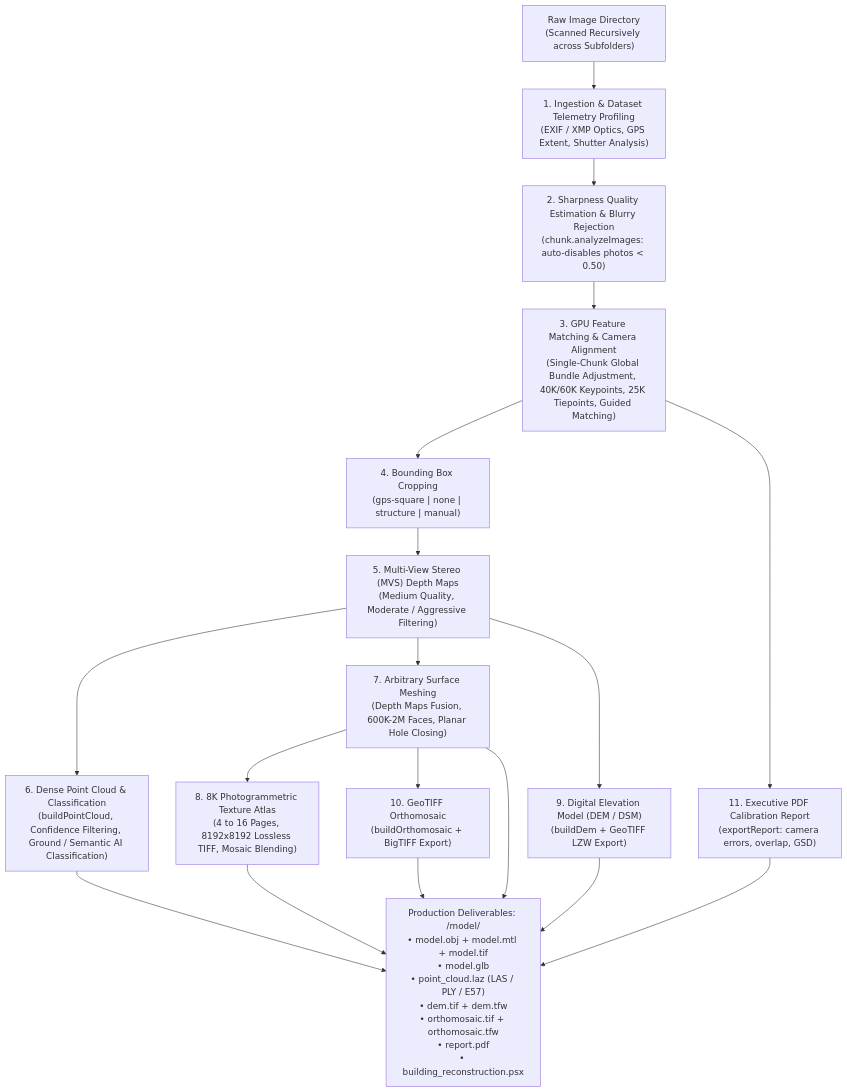
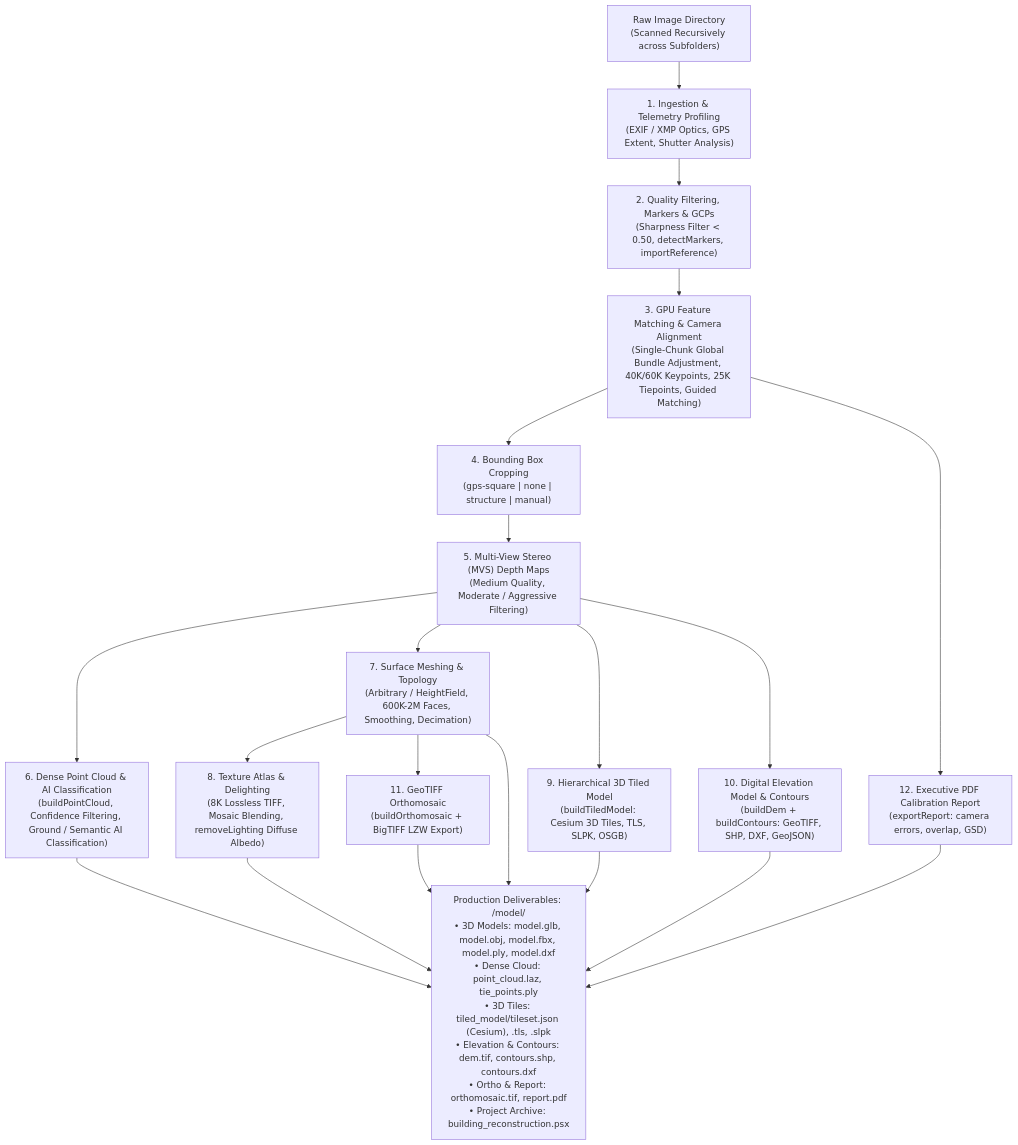
The diagram in skills/user/image-to-3d-model/SKILL.md (ngviettam82/AutoMetashape), drawn with Mermaid before and after one commit. The commit also changed other lines of this file and 7 other files, not shown here.

````diff
--- a/skills/user/image-to-3d-model/SKILL.md
+++ b/skills/user/image-to-3d-model/SKILL.md
@@ -39,20 +40,22 @@
 ```mermaid
 flowchart TD
-    A["Raw Image Directory<br/>(Scanned Recursively across Subfolders)"] --> B["1. Ingestion & Dataset Telemetry Profiling<br/>(EXIF / XMP Optics, GPS Extent, Shutter Analysis)"]
-    B --> C["2. Sharpness Quality Estimation & Blurry Rejection<br/>(chunk.analyzeImages: auto-disables photos < 0.50)"]
+    A["Raw Image Directory<br/>(Scanned Recursively across Subfolders)"] --> B["1. Ingestion & Telemetry Profiling<br/>(EXIF / XMP Optics, GPS Extent, Shutter Analysis)"]
+    B --> C["2. Quality Filtering, Markers & GCPs<br/>(Sharpness Filter < 0.50, detectMarkers, importReference)"]
     C --> D["3. GPU Feature Matching & Camera Alignment<br/>(Single-Chunk Global Bundle Adjustment, 40K/60K Keypoints, 25K Tiepoints, Guided Matching)"]
     D --> E["4. Bounding Box Cropping<br/>(gps-square | none | structure | manual)"]
     E --> F["5. Multi-View Stereo (MVS) Depth Maps<br/>(Medium Quality, Moderate / Aggressive Filtering)"]
-    F --> G["6. Dense Point Cloud & Classification<br/>(buildPointCloud, Confidence Filtering, Ground / Semantic AI Classification)"]
-    F --> H["7. Arbitrary Surface Meshing<br/>(Depth Maps Fusion, 600K-2M Faces, Planar Hole Closing)"]
-    H --> I["8. 8K Photogrammetric Texture Atlas<br/>(4 to 16 Pages, 8192x8192 Lossless TIFF, Mosaic Blending)"]
-    F --> J["9. Digital Elevation Model (DEM / DSM)<br/>(buildDem + GeoTIFF LZW Export)"]
-    H --> K["10. GeoTIFF Orthomosaic<br/>(buildOrthomosaic + BigTIFF Export)"]
-    D --> L["11. Executive PDF Calibration Report<br/>(exportReport: camera errors, overlap, GSD)"]
-    G --> M["Production Deliverables: <images_dir>/model/<br/>• model.obj + model.mtl + model.tif<br/>• model.glb<br/>• point_cloud.laz (LAS / PLY / E57)<br/>• dem.tif + dem.tfw<br/>• orthomosaic.tif + orthomosaic.tfw<br/>• report.pdf<br/>• building_reconstruction.psx"]
-    H --> M
-    I --> M
-    J --> M
-    K --> M
-    L --> M
+    F --> G["6. Dense Point Cloud & AI Classification<br/>(buildPointCloud, Confidence Filtering, Ground / Semantic AI Classification)"]
+    F --> H["7. Surface Meshing & Topology<br/>(Arbitrary / HeightField, 600K-2M Faces, Smoothing, Decimation)"]
+    H --> I["8. Texture Atlas & Delighting<br/>(8K Lossless TIFF, Mosaic Blending, removeLighting Diffuse Albedo)"]
+    F --> J["9. Hierarchical 3D Tiled Model<br/>(buildTiledModel: Cesium 3D Tiles, TLS, SLPK, OSGB)"]
+    F --> K["10. Digital Elevation Model & Contours<br/>(buildDem + buildContours: GeoTIFF, SHP, DXF, GeoJSON)"]
+    H --> L["11. GeoTIFF Orthomosaic<br/>(buildOrthomosaic + BigTIFF LZW Export)"]
+    D --> M["12. Executive PDF Calibration Report<br/>(exportReport: camera errors, overlap, GSD)"]
+    G --> N["Production Deliverables: <images_dir>/model/<br/>• 3D Models: model.glb, model.obj, model.fbx, model.ply, model.dxf<br/>• Dense Cloud: point_cloud.laz, tie_points.ply<br/>• 3D Tiles: tiled_model/tileset.json (Cesium), .tls, .slpk<br/>• Elevation & Contours: dem.tif, contours.shp, contours.dxf<br/>• Ortho & Report: orthomosaic.tif, report.pdf<br/>• Project Archive: building_reconstruction.psx"]
+    H --> N
+    I --> N
+    J --> N
+    K --> N
+    L --> N
+    M --> N
 ```
````
